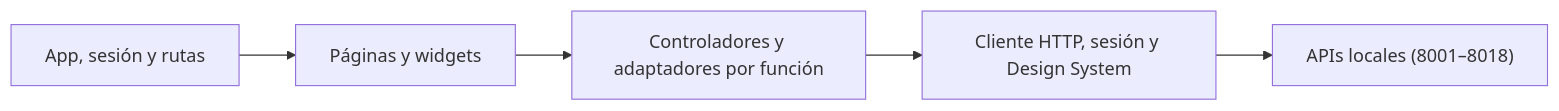
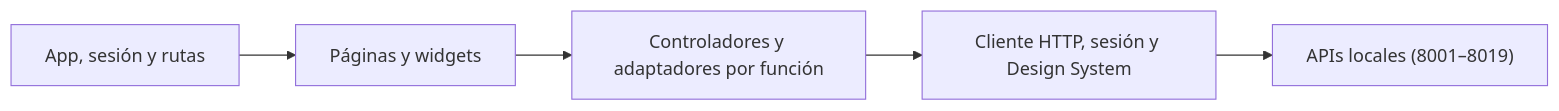
One commit to Blandskron/AgenteIADocumental changed the diagram in frontend/README.md. Above: the diagram before and after it, drawn with Mermaid. The commit also changed other lines of this file and 63 other files, not shown here.

````diff
--- a/frontend/README.md
+++ b/frontend/README.md
@@ -5,7 +5,7 @@
 ```mermaid
 flowchart LR
     app["App, sesión y rutas"] --> pages["Páginas y widgets"]
     pages --> features["Controladores y adaptadores por función"]
     features --> shared["Cliente HTTP, sesión y Design System"]
-    shared --> api["APIs locales (8001–8018)"]
+    shared --> api["APIs locales (8001–8019)"]
 ```
````
